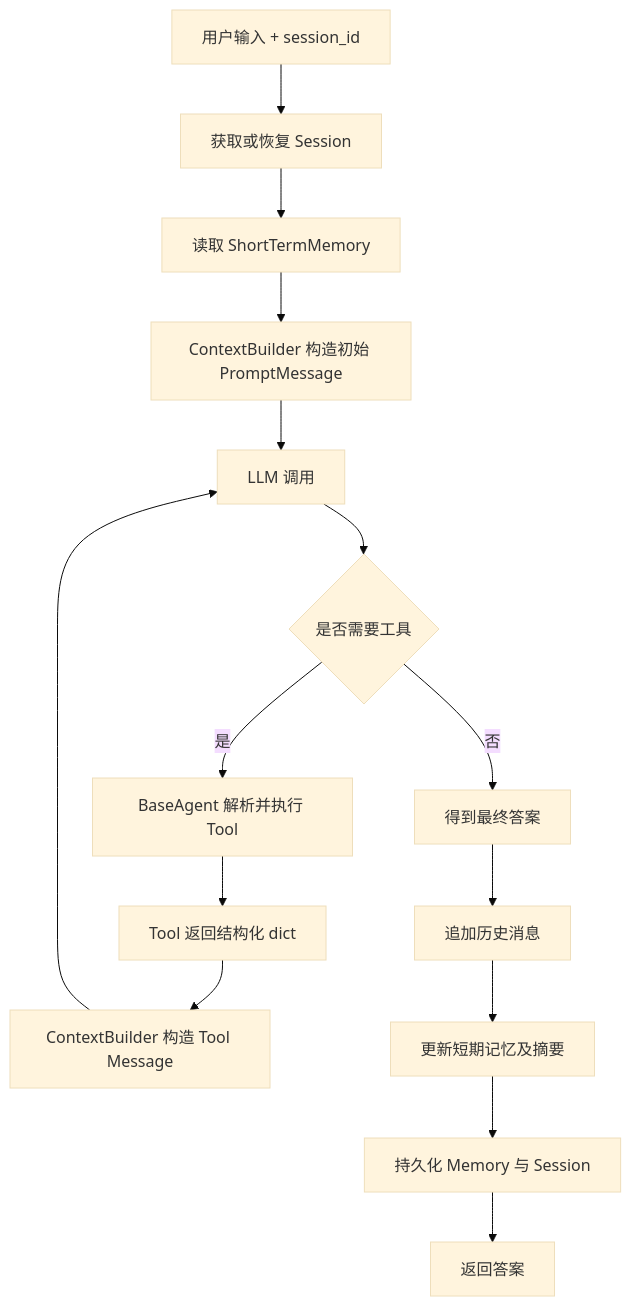
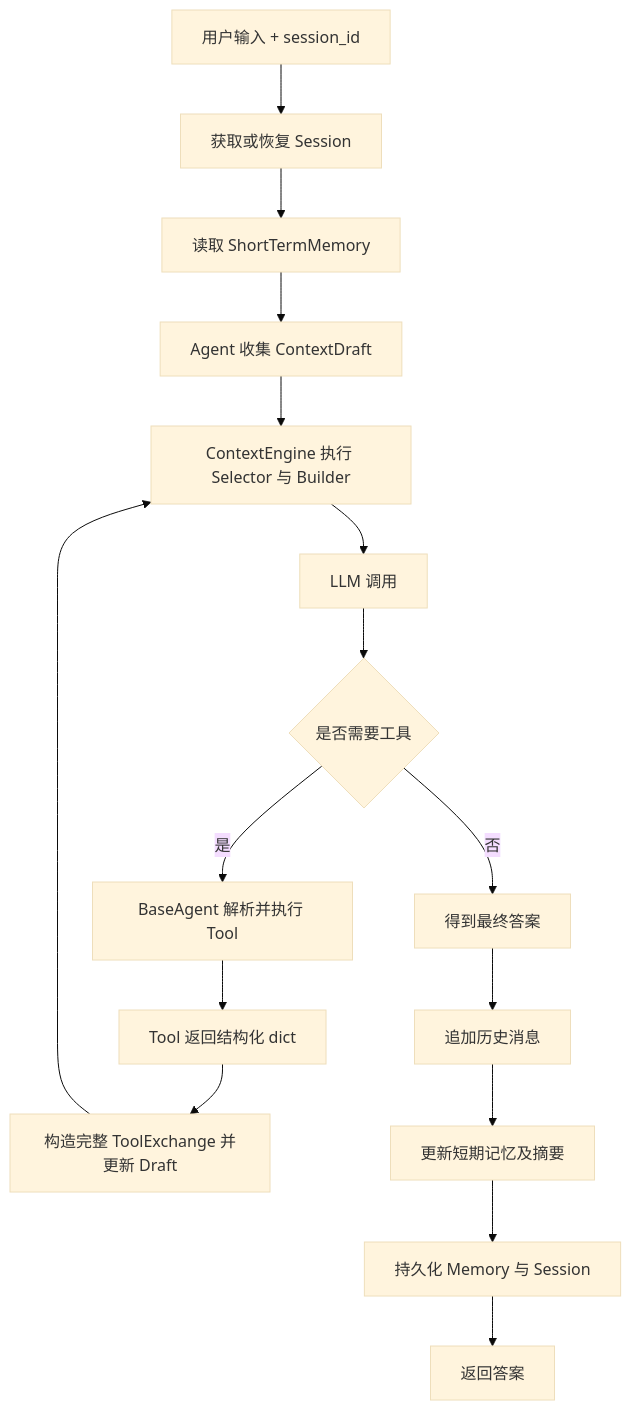
One commit to clbmdjq-byte/agent-learning changed the first of 2 diagrams in README.md. Above: the diagram before and after it, drawn with Mermaid (base theme). The commit also changed other lines of this file and 15 other files, not shown here.

Commit message:
feat: complete single-agent context lifecycle

````diff
--- a/README.md
+++ b/README.md
@@ -69,17 +75,18 @@
 ```mermaid
 flowchart TD
     A[用户输入 + session_id] --> B[获取或恢复 Session]
     B --> C[读取 ShortTermMemory]
-    C --> D[ContextBuilder 构造初始 PromptMessage]
-    D --> E[LLM 调用]
-    E --> F{是否需要工具}
-    F -- 是 --> G[BaseAgent 解析并执行 Tool]
-    G --> H[Tool 返回结构化 dict]
-    H --> I[ContextBuilder 构造 Tool Message]
-    I --> E
-    F -- 否 --> J[得到最终答案]
-    J --> K[追加历史消息]
-    K --> L[更新短期记忆及摘要]
-    L --> M[持久化 Memory 与 Session]
-    M --> N[返回答案]
+    C --> D[Agent 收集 ContextDraft]
+    D --> E[ContextEngine 执行 Selector 与 Builder]
+    E --> F[LLM 调用]
+    F --> G{是否需要工具}
+    G -- 是 --> H[BaseAgent 解析并执行 Tool]
+    H --> I[Tool 返回结构化 dict]
+    I --> J[构造完整 ToolExchange 并更新 Draft]
+    J --> E
+    G -- 否 --> K[得到最终答案]
+    K --> L[追加历史消息]
+    L --> M[更新短期记忆及摘要]
+    M --> N[持久化 Memory 与 Session]
+    N --> O[返回答案]
 ```
````
